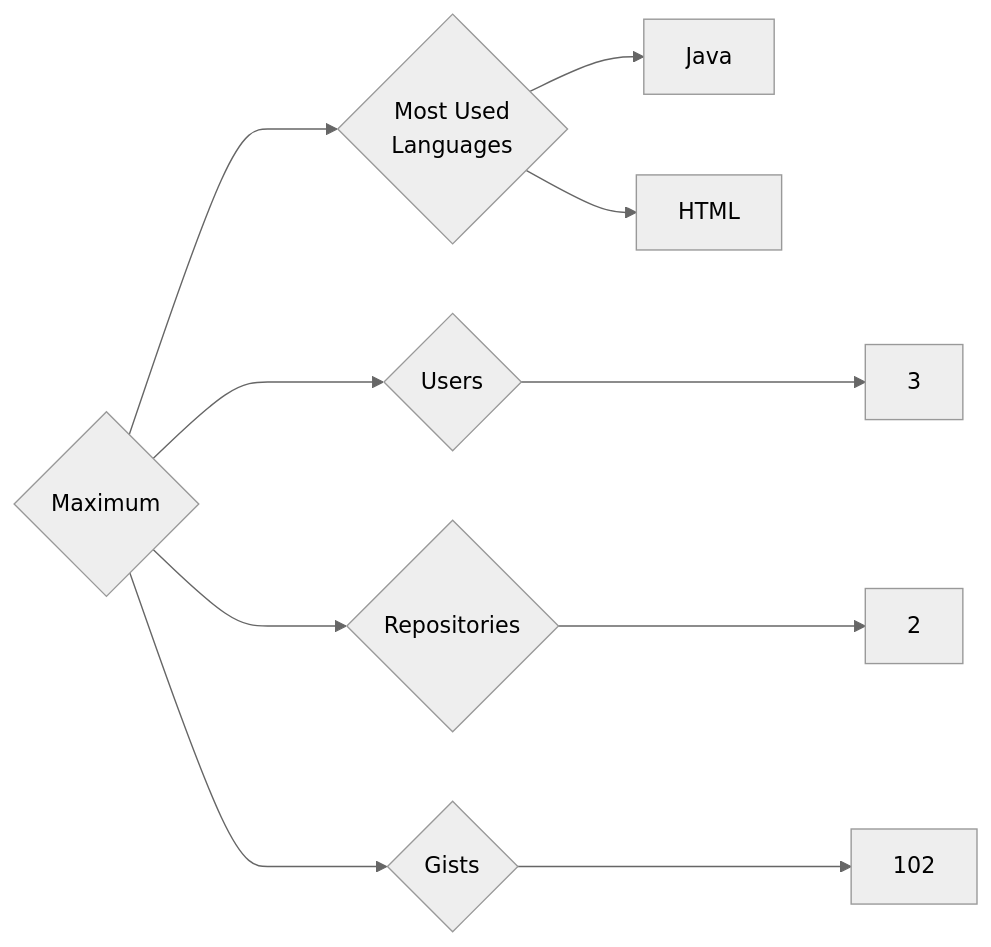
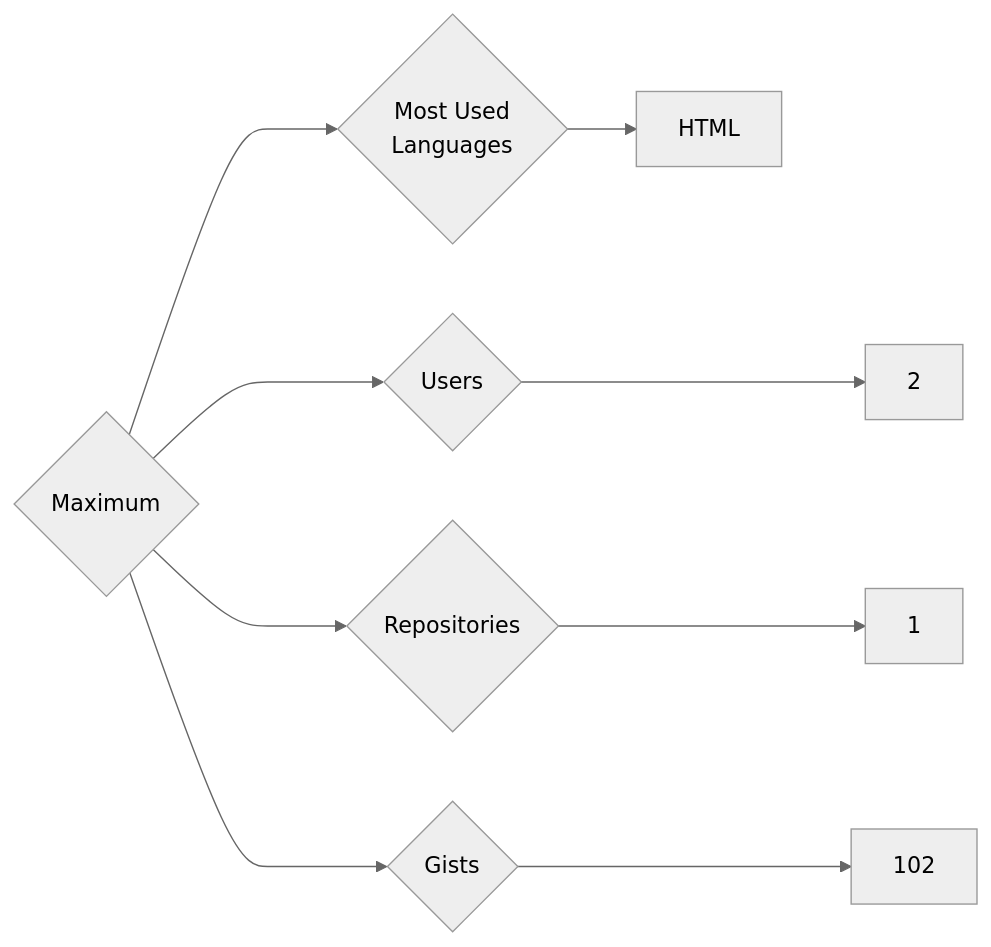
The diagram in targets/Maximum/README.md (trickest/insiders), drawn with Mermaid (neutral theme) before and after one commit. The commit also changed 939 other files, not shown here.

````diff
--- a/targets/Maximum/README.md
+++ b/targets/Maximum/README.md
@@ -3,10 +3,9 @@
 ```mermaid
 graph LR
 COMPANY_NAME{Maximum}
-COMPANY_NAME ---> U{Users} ---> UN[3]
-COMPANY_NAME ---> R{Repositories} ---> RN[2]
+COMPANY_NAME ---> U{Users} ---> UN[2]
+COMPANY_NAME ---> R{Repositories} ---> RN[1]
 COMPANY_NAME ---> G{Gists} ---> GN[102]
 COMPANY_NAME ---> ML{Most Used<br>Languages}
-ML --> Java[Java]
 ML --> HTML[HTML]
 ```
````
